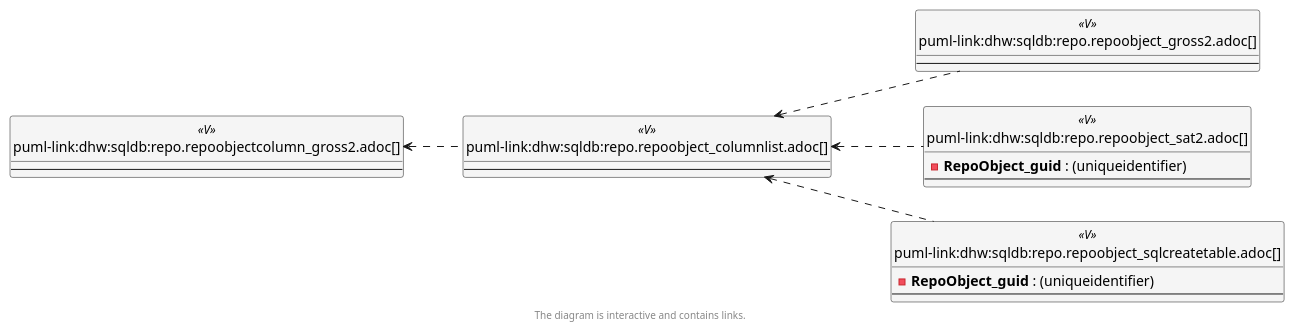
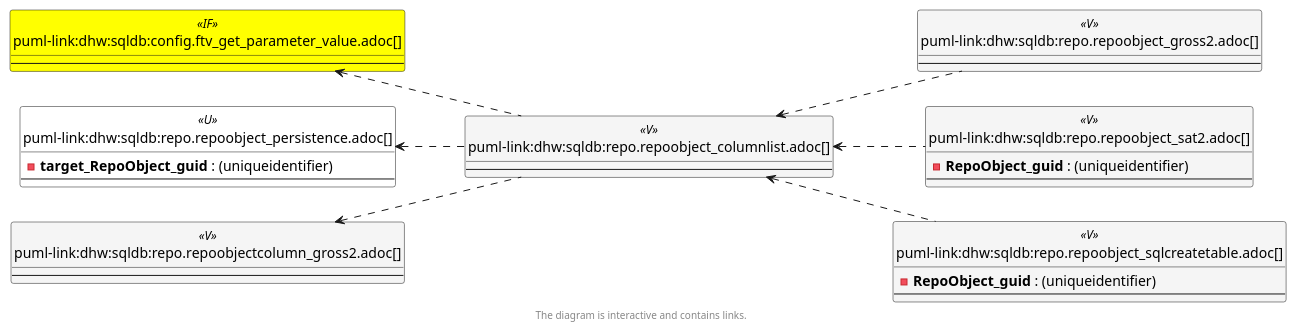
The third of 6 diagrams in docs/modules/sqldb/partials/content/repo.repoobject_columnlist.adoc (DataHandwerk/dhw-antora-sqldb), drawn with PlantUML before and after one commit. The commit also changed other lines of this file and 751 other files, not shown here.

```diff
--- a/docs/modules/sqldb/partials/content/repo.repoobject_columnlist.adoc
+++ b/docs/modules/sqldb/partials/content/repo.repoobject_columnlist.adoc
@@ -717,61 +747,72 @@
 [plantuml, entity_1_1_objectref-{docname}, svg, subs=macros]
 ....
 @startuml
 left to right direction
 'top to bottom direction
 hide circle
 'avoide "." issues:
 set namespaceSeparator none
 
 
 skinparam class {
   BackgroundColor White
   BackgroundColor<<FN>> Yellow
   BackgroundColor<<FS>> Yellow
   BackgroundColor<<FT>> LightGray
   BackgroundColor<<IF>> Yellow
   BackgroundColor<<IS>> Yellow
   BackgroundColor<<P>>  Aqua
   BackgroundColor<<PC>> Aqua
   BackgroundColor<<SN>> Yellow
   BackgroundColor<<SO>> SlateBlue
   BackgroundColor<<TF>> LightGray
   BackgroundColor<<TR>> Tomato
   BackgroundColor<<U>>  White
   BackgroundColor<<V>>  WhiteSmoke
   BackgroundColor<<X>>  Aqua
   BackgroundColor<<external>> AliceBlue
 }
 
 
+entity "puml-link:dhw:sqldb:config.ftv_get_parameter_value.adoc[]" as config.ftv_get_parameter_value << IF >> {
+  --
+}
+
 entity "puml-link:dhw:sqldb:repo.repoobject_columnlist.adoc[]" as repo.RepoObject_ColumnList << V >> {
   --
 }
 
 entity "puml-link:dhw:sqldb:repo.repoobject_gross2.adoc[]" as repo.RepoObject_gross2 << V >> {
+  --
+}
+
+entity "puml-link:dhw:sqldb:repo.repoobject_persistence.adoc[]" as repo.RepoObject_persistence << U >> {
+  - **target_RepoObject_guid** : (uniqueidentifier)
   --
 }
 
 entity "puml-link:dhw:sqldb:repo.repoobject_sat2.adoc[]" as repo.RepoObject_sat2 << V >> {
   - **RepoObject_guid** : (uniqueidentifier)
   --
 }
 
 entity "puml-link:dhw:sqldb:repo.repoobject_sqlcreatetable.adoc[]" as repo.RepoObject_SqlCreateTable << V >> {
   - **RepoObject_guid** : (uniqueidentifier)
   --
 }
 
 entity "puml-link:dhw:sqldb:repo.repoobjectcolumn_gross2.adoc[]" as repo.RepoObjectColumn_gross2 << V >> {
   --
 }
 
+config.ftv_get_parameter_value <.. repo.RepoObject_ColumnList
 repo.RepoObject_ColumnList <.. repo.RepoObject_SqlCreateTable
 repo.RepoObject_ColumnList <.. repo.RepoObject_gross2
 repo.RepoObject_ColumnList <.. repo.RepoObject_sat2
+repo.RepoObject_persistence <.. repo.RepoObject_ColumnList
 repo.RepoObjectColumn_gross2 <.. repo.RepoObject_ColumnList
 
 footer The diagram is interactive and contains links.
 
 @enduml
 ....
```
